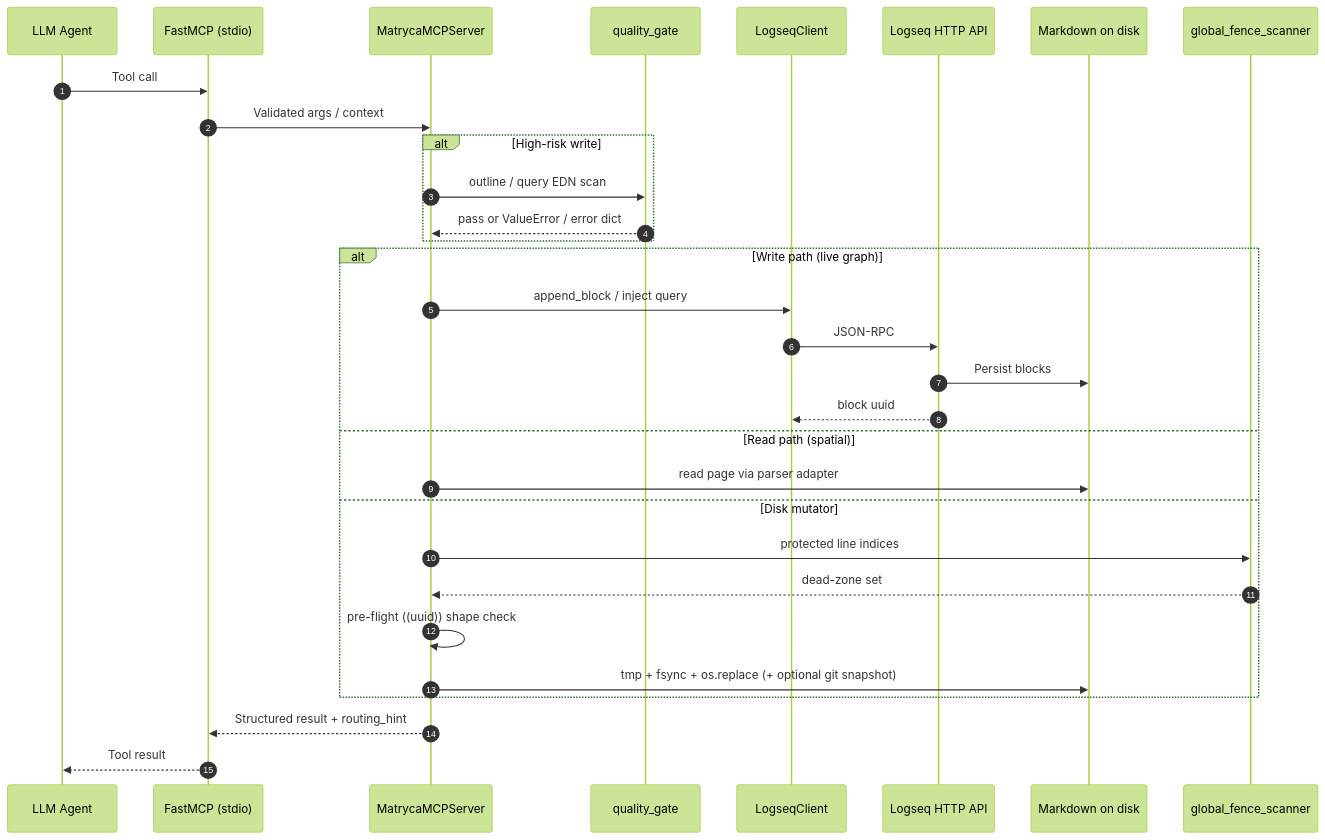
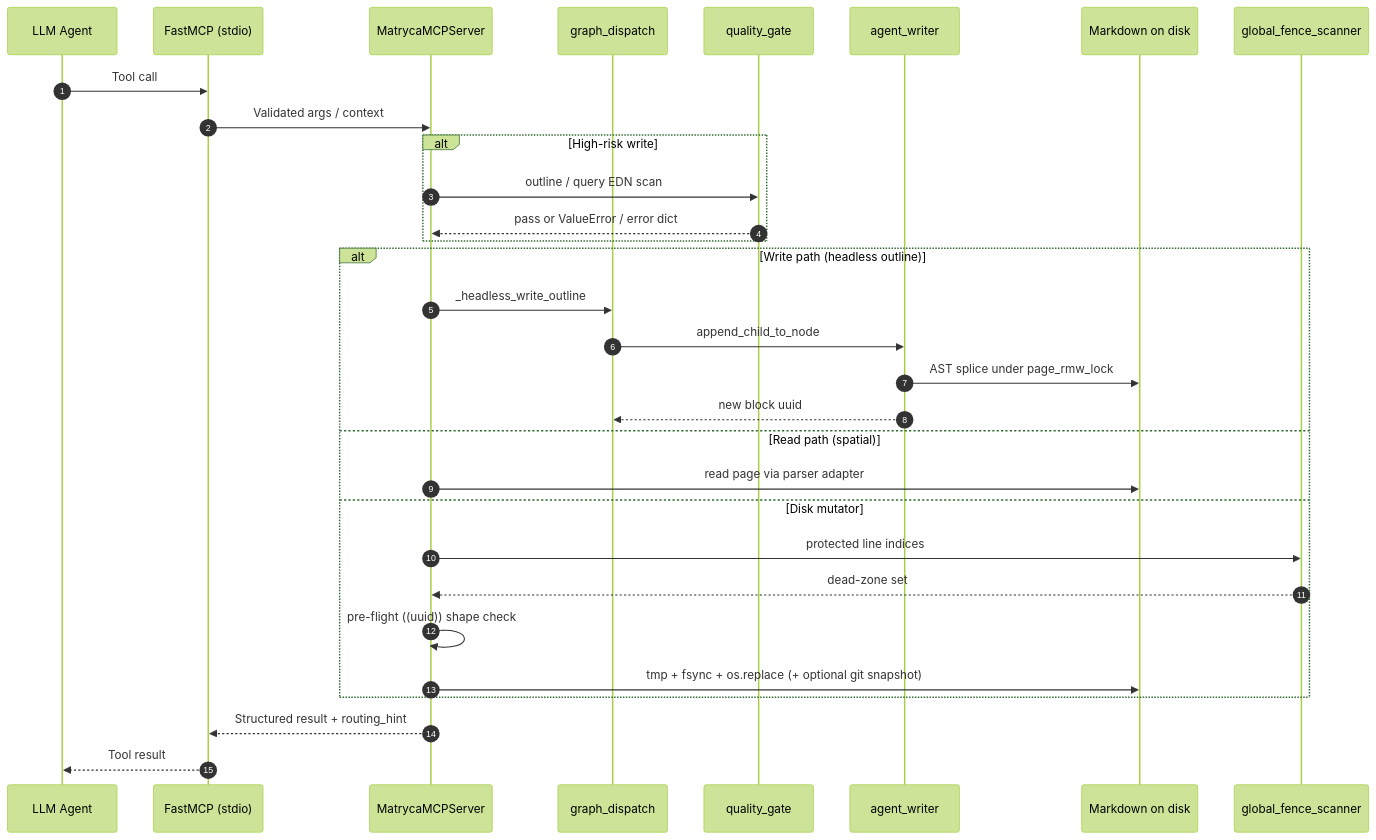
Before and after one commit to MarcoPorcellato/matryca-logseq-llm-wiki: the fifth of 9 diagrams in docs/ARCHITECTURE.md, drawn with Mermaid (forest theme). The commit also changed other lines of this file and 21 other files, not shown here.

Commit message:
feat: launch v1.4.0 headless architecture with atomic AST writes and persistent X-Ray aliases

````diff
--- a/docs/ARCHITECTURE.md
+++ b/docs/ARCHITECTURE.md
@@ -89,34 +140,34 @@
 ```mermaid
 sequenceDiagram
     autonumber
     participant LLM as LLM Agent
     participant MCP as FastMCP (stdio)
     participant Bridge as MatrycaMCPServer
+    participant GD as graph_dispatch
     participant QG as quality_gate
-    participant Client as LogseqClient
-    participant API as Logseq HTTP API
+    participant AW as agent_writer
     participant FS as Markdown on disk
     participant GFS as global_fence_scanner
 
     LLM->>MCP: Tool call
     MCP->>Bridge: Validated args / context
     alt High-risk write
         Bridge->>QG: outline / query EDN scan
         QG-->>Bridge: pass or ValueError / error dict
     end
-    alt Write path (live graph)
-        Bridge->>Client: append_block / inject query
-        Client->>API: JSON-RPC
-        API->>FS: Persist blocks
-        API-->>Client: block uuid
+    alt Write path (headless outline)
+        Bridge->>GD: _headless_write_outline
+        GD->>AW: append_child_to_node
+        AW->>FS: AST splice under page_rmw_lock
+        AW-->>GD: new block uuid
     else Read path (spatial)
         Bridge->>FS: read page via parser adapter
     else Disk mutator
         Bridge->>GFS: protected line indices
         GFS-->>Bridge: dead-zone set
         Bridge->>Bridge: pre-flight ((uuid)) shape check
         Bridge->>FS: tmp + fsync + os.replace (+ optional git snapshot)
     end
     Bridge-->>MCP: Structured result + routing_hint
     MCP-->>LLM: Tool result
 ```
````
